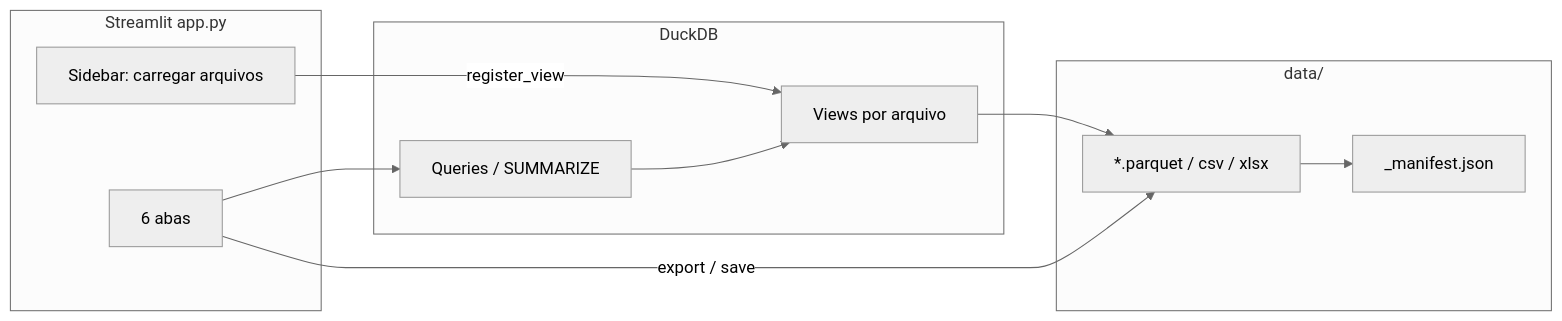
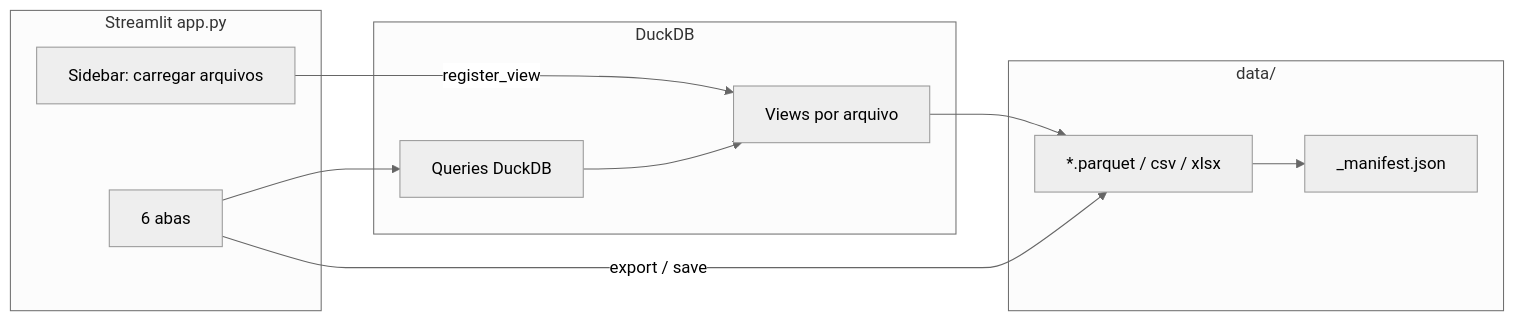
The diagram in LIVING_SPEC.md (GuilhermeRoesler/ParquetQuery), drawn with Mermaid (neutral theme) before and after one commit. The commit also changed other lines of this file and 1 other file, not shown here.

````diff
--- a/LIVING_SPEC.md
+++ b/LIVING_SPEC.md
@@ -66,21 +66,21 @@
 ```mermaid
 flowchart LR
     subgraph UI [Streamlit app.py]
         Sidebar[Sidebar: carregar arquivos]
         Tabs[6 abas]
     end
     subgraph Engine [DuckDB]
         Views[Views por arquivo]
-        SQL[Queries / SUMMARIZE]
+        SQL[Queries DuckDB]
     end
     subgraph Storage [data/]
         Parquet[*.parquet / csv / xlsx]
         Manifest[_manifest.json]
     end
     Sidebar -->|register_view| Views
     Tabs --> SQL
     SQL --> Views
     Views --> Parquet
     Tabs -->|export / save| Parquet
     Parquet --> Manifest
 ```
````
